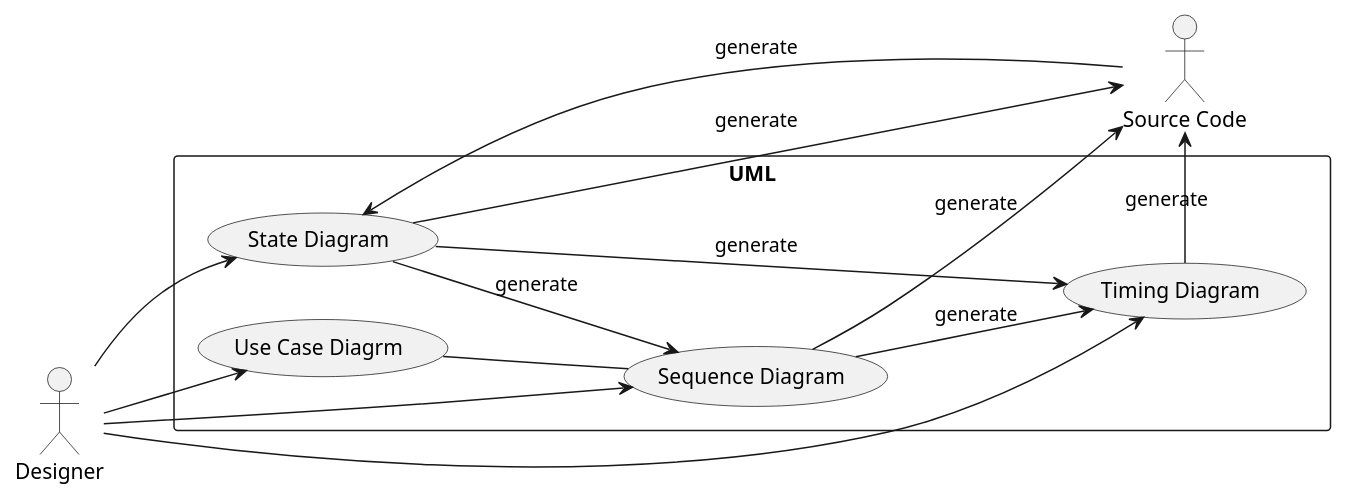
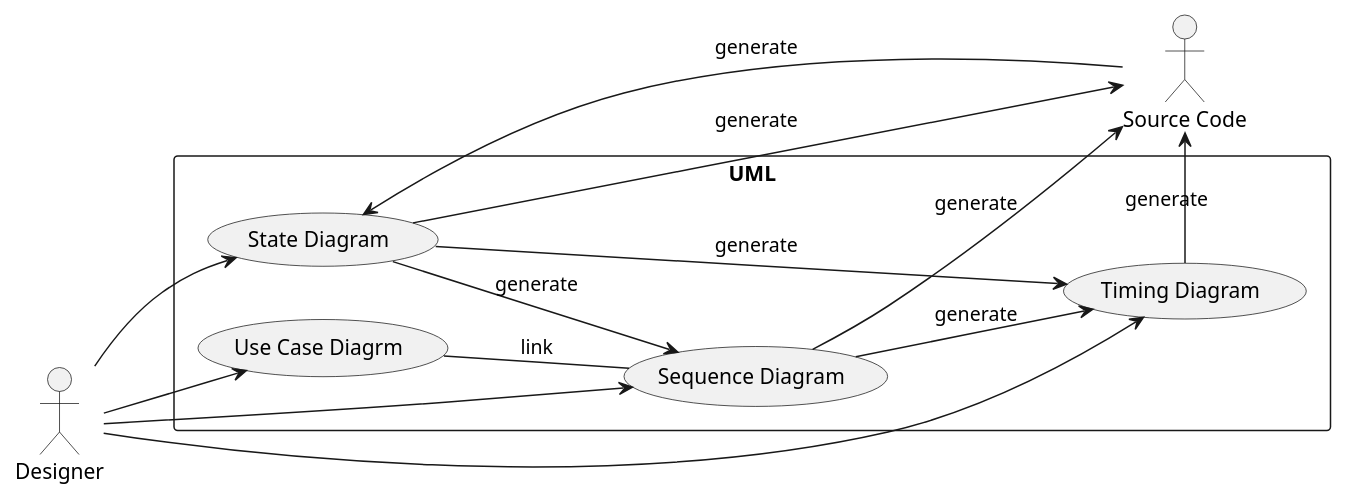
Before and after one commit to kaizen-nagoya/structure_programming: the first of 3 diagrams in UML/UseCase/UML_UseCaes.md, drawn with PlantUML. The commit also changed other lines of this file, not shown here.

```diff
--- a/UML/UseCase/UML_UseCaes.md
+++ b/UML/UseCase/UML_UseCaes.md
@@ -5,45 +5,45 @@
 @startuml
 
 left to right direction
 
 actor "Designer" as de
 
 actor "Source Code" as sc
 
 rectangle UML {
 
 usecase "State Diagram" as UC1
 
 usecase "Sequence Diagram" as UC2
 
 usecase "Timing Diagram" as UC3
 
 usecase "Use Case Diagrm" as UC4
 
 }
 
-UC4 --   UC2
+UC4 -- UC2 :link
 
 de --> UC1
 
 de --> UC2
 
 de --> UC3
 
 de --> UC4
 
 UC1 --> sc : generate
 
 UC2 --> sc : generate
 
 UC3 --> sc : generate
 
 UC1 --> UC2 : generate
 
 UC1 --> UC3 : generate
 
 UC2 --> UC3 : generate
 
 sc --> UC1 : generate
 
 @enduml
```
